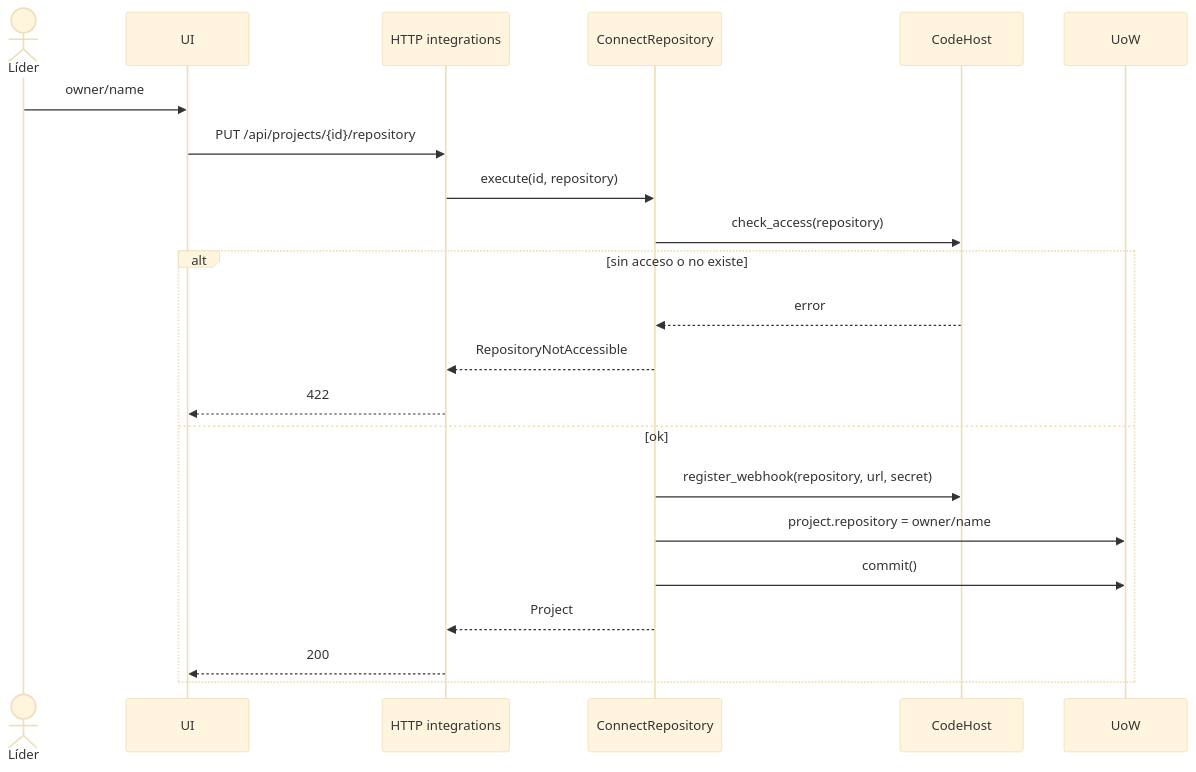
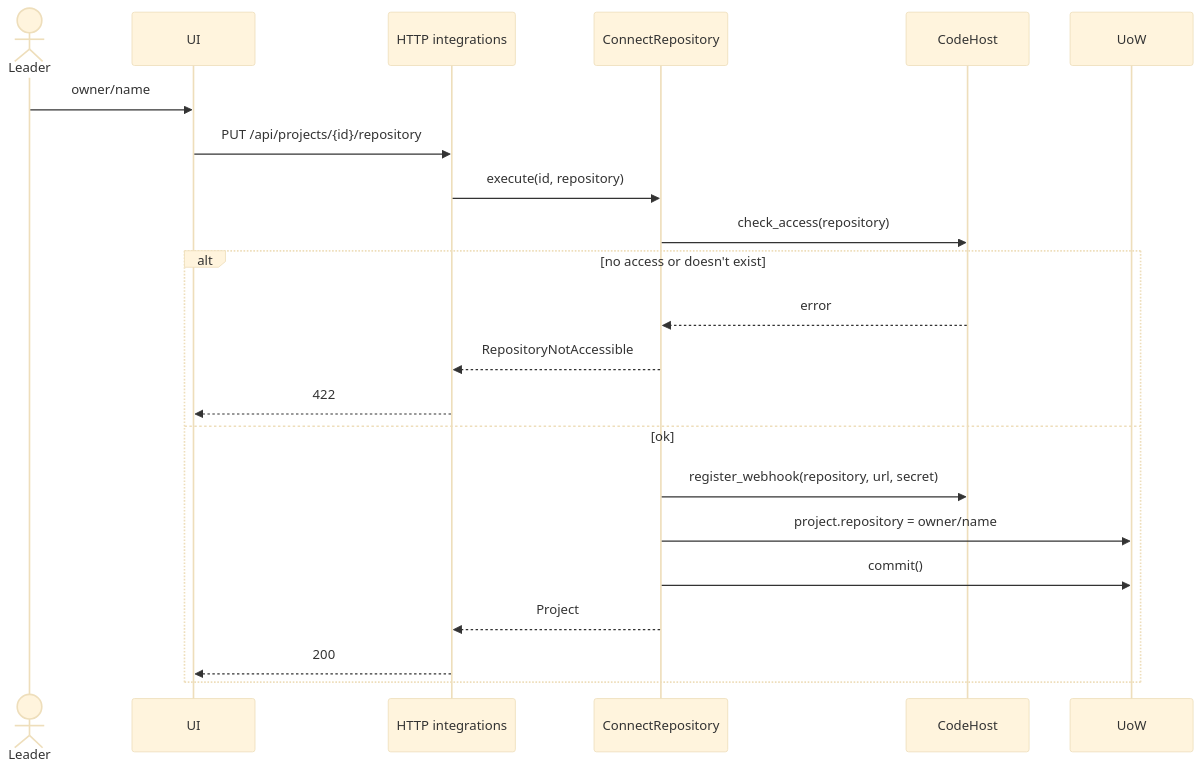
One commit to Mitchz01/TransparencIA changed diagram 13 of 18 in plan/use-cases.md. Above: the diagram before and after it, drawn with Mermaid (base theme). The commit also changed other lines of this file and 68 other files, not shown here.

````diff
--- a/plan/use-cases.md
+++ b/plan/use-cases.md
@@ -417,25 +421,25 @@
 ```mermaid
 sequenceDiagram
-    actor L as Líder
+    actor L as Leader
     participant UI
     participant HTTP as HTTP integrations
     participant UC as ConnectRepository
     participant CH as CodeHost
     participant UoW
 
     L->>UI: owner/name
     UI->>HTTP: PUT /api/projects/{id}/repository
     HTTP->>UC: execute(id, repository)
     UC->>CH: check_access(repository)
-    alt sin acceso o no existe
+    alt no access or doesn't exist
         CH-->>UC: error
         UC-->>HTTP: RepositoryNotAccessible
         HTTP-->>UI: 422
     else ok
         UC->>CH: register_webhook(repository, url, secret)
         UC->>UoW: project.repository = owner/name
         UC->>UoW: commit()
         UC-->>HTTP: Project
         HTTP-->>UI: 200
     end
 ```
````
